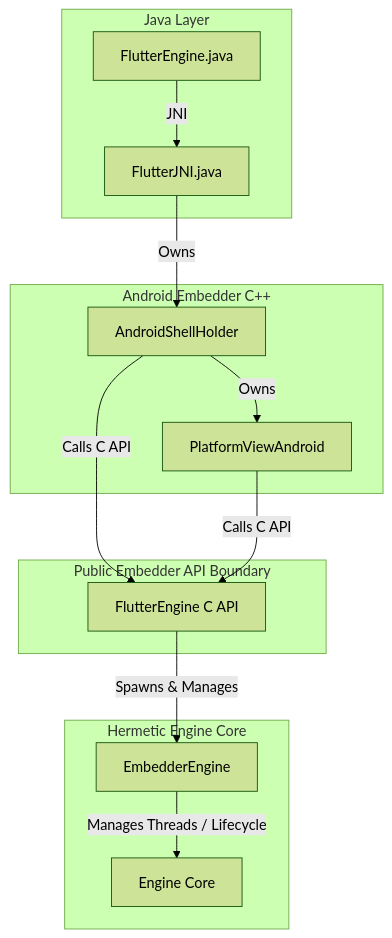
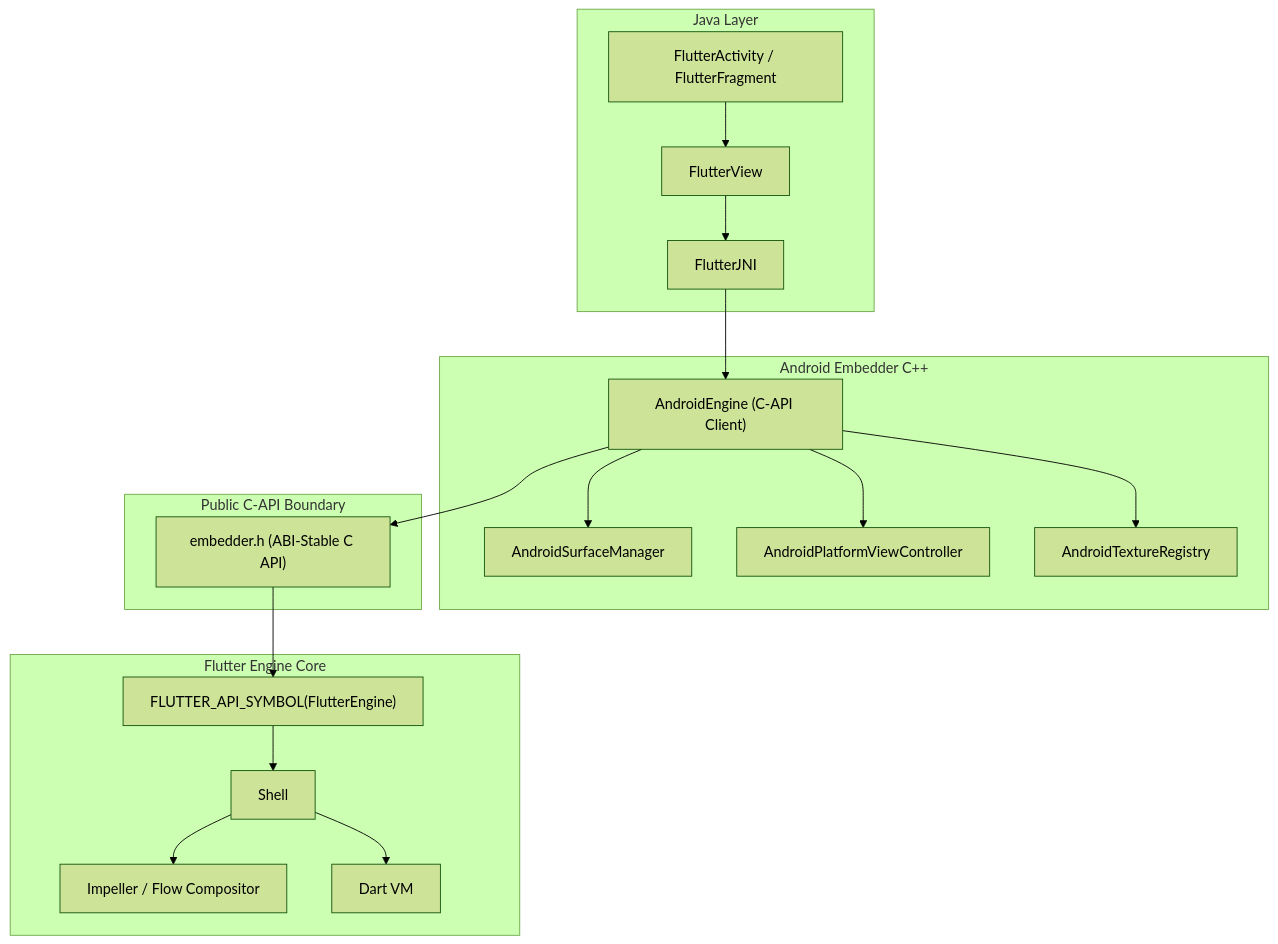
The third of 5 diagrams in rfc/410.0000-flutter-android-embedder-c-api-migration.md (mboetger/rfc), drawn with Mermaid (forest theme) before and after one commit. The commit also changed other lines of this file, not shown here.

Commit message:
docs(rfc): align RFC 410 with approved architectural outline

````diff
--- a/rfc/410.0000-flutter-android-embedder-c-api-migration.md
+++ b/rfc/410.0000-flutter-android-embedder-c-api-migration.md
@@ -273,29 +469,38 @@
 ```mermaid
 flowchart TD
-    subgraph JavaLayer["Java Layer"]
-        FlutterEngineJava["FlutterEngine.java"]
-        FlutterJNIJava["FlutterJNI.java"]
-        FlutterEngineJava -->|"JNI"| FlutterJNIJava
+    subgraph Java Layer
+        Activity["FlutterActivity / FlutterFragment"]
+        FlutterView["FlutterView"]
+        FlutterJNI["FlutterJNI"]
     end
 
-    subgraph AndroidEmbedder["Android Embedder C++"]
-        AndroidShellHolder["AndroidShellHolder"]
-        PlatformViewAndroid["PlatformViewAndroid"]
-        AndroidShellHolder -->|"Owns"| PlatformViewAndroid
+    subgraph Android Embedder C++
+        AndroidEngine["AndroidEngine (C-API Client)"]
+        SurfaceManager["AndroidSurfaceManager"]
+        PlatformViews["AndroidPlatformViewController"]
+        Textures["AndroidTextureRegistry"]
     end
 
-    subgraph PublicBoundary["Public Embedder API Boundary"]
-        FlutterEngineCAPI["FlutterEngine C API"]
+    subgraph Public C-API Boundary
+        EmbedderH["embedder.h (ABI-Stable C API)"]
     end
 
-    subgraph HermeticEngineCore["Hermetic Engine Core"]
-        EmbedderEngine["EmbedderEngine"]
-        EngineCore["Engine Core"]
-        EmbedderEngine -->|"Manages Threads / Lifecycle"| EngineCore
+    subgraph Flutter Engine Core
+        FlutterEngineOpaque["FLUTTER_API_SYMBOL(FlutterEngine)"]
+        Shell["Shell"]
+        ImpellerFlow["Impeller / Flow Compositor"]
+        DartVM["Dart VM"]
     end
 
-    FlutterJNIJava -->|"Owns"| AndroidShellHolder
-    AndroidShellHolder -->|"Calls C API"| FlutterEngineCAPI
-    PlatformViewAndroid -->|"Calls C API"| FlutterEngineCAPI
-    FlutterEngineCAPI -->|"Spawns & Manages"| EmbedderEngine
+    Activity --> FlutterView
+    FlutterView --> FlutterJNI
+    FlutterJNI --> AndroidEngine
+    AndroidEngine --> SurfaceManager
+    AndroidEngine --> PlatformViews
+    AndroidEngine --> Textures
+    AndroidEngine --> EmbedderH
+    EmbedderH --> FlutterEngineOpaque
+    FlutterEngineOpaque --> Shell
+    Shell --> ImpellerFlow
+    Shell --> DartVM
 ```
````
